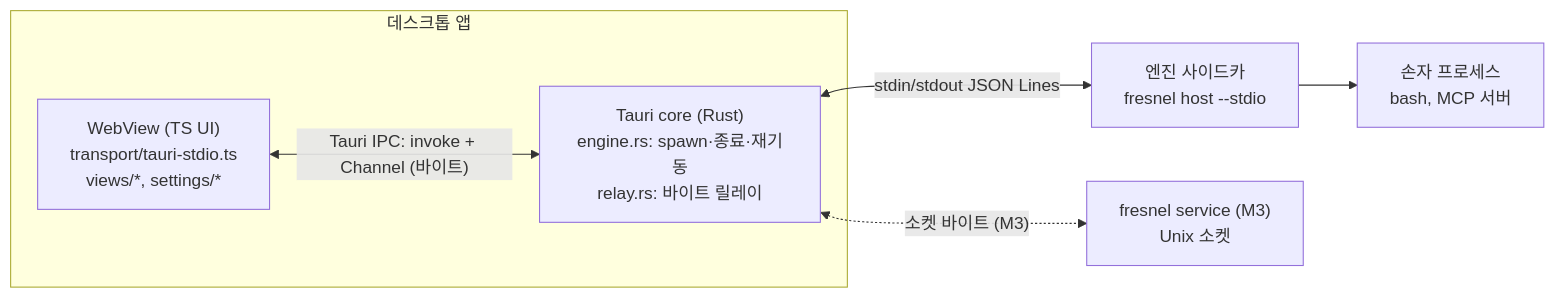
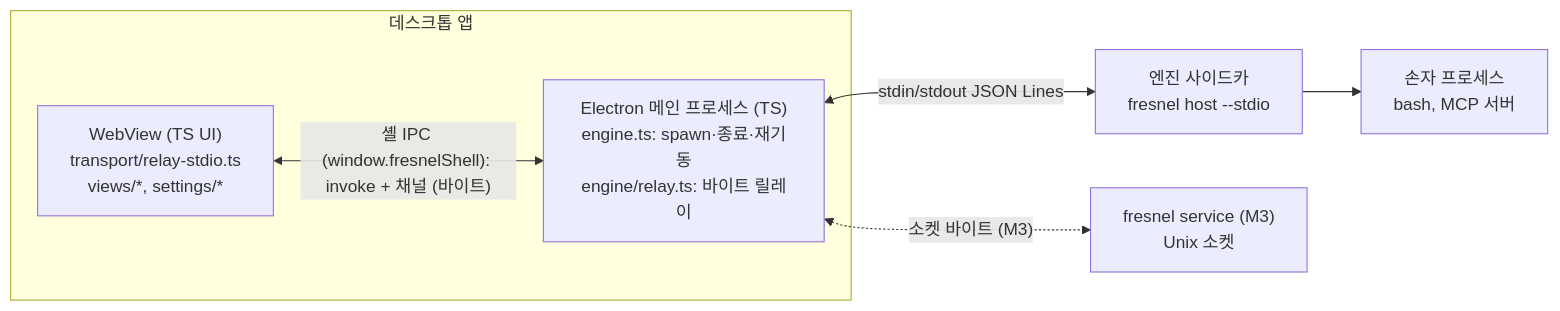
The diagram in docs/xeon/L4/desktop/spec.md (Rengod95/Helm-Agent_Docs_OS), drawn with Mermaid before and after one commit. The commit also changed other lines of this file and 50 other files, not shown here.

First line of the commit message:
fresnel(docs): Tauri 제거를 문서에 반영한다 (desktop spec·plan·design, 릴리스, 설계 문서, ADR-0008)

````diff
--- a/docs/xeon/L4/desktop/spec.md
+++ b/docs/xeon/L4/desktop/spec.md
@@ -64,14 +64,14 @@
 ```mermaid
 flowchart LR
   subgraph APP["데스크톱 앱"]
-    core["Tauri core (Rust)<br/>engine.rs: spawn·종료·재기동<br/>relay.rs: 바이트 릴레이"]
-    web["WebView (TS UI)<br/>transport/tauri-stdio.ts<br/>views/*, settings/*"]
+    core["Electron 메인 프로세스 (TS)<br/>engine.ts: spawn·종료·재기동<br/>engine/relay.ts: 바이트 릴레이"]
+    web["WebView (TS UI)<br/>transport/relay-stdio.ts<br/>views/*, settings/*"]
   end
   eng["엔진 사이드카<br/>fresnel host --stdio"]
   svc["fresnel service (M3)<br/>Unix 소켓"]
   kids["손자 프로세스<br/>bash, MCP 서버"]
-  web <-->|"Tauri IPC: invoke + Channel (바이트)"| core
+  web <-->|"셸 IPC (window.fresnelShell): invoke + 채널 (바이트)"| core
   core <-->|"stdin/stdout JSON Lines"| eng
   core <-.->|"소켓 바이트 (M3)"| svc
   eng --> kids
 ```
````
